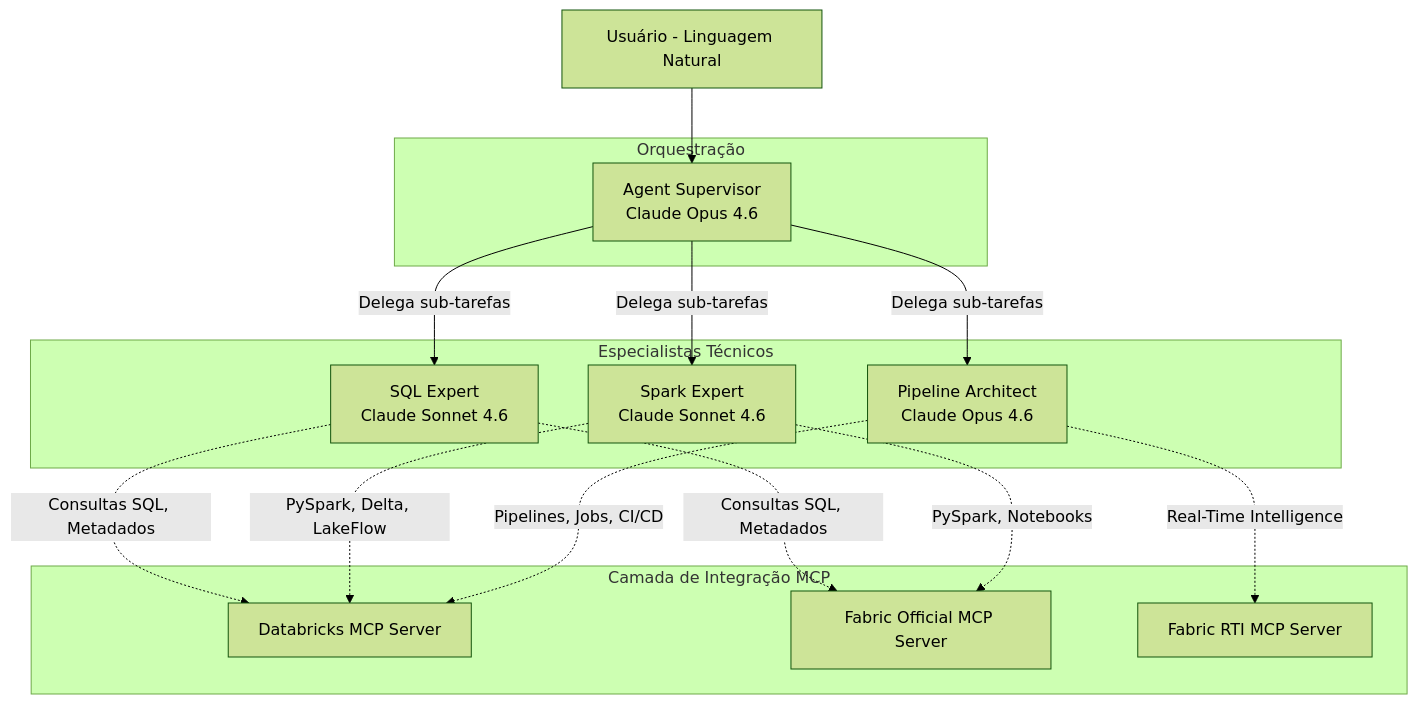
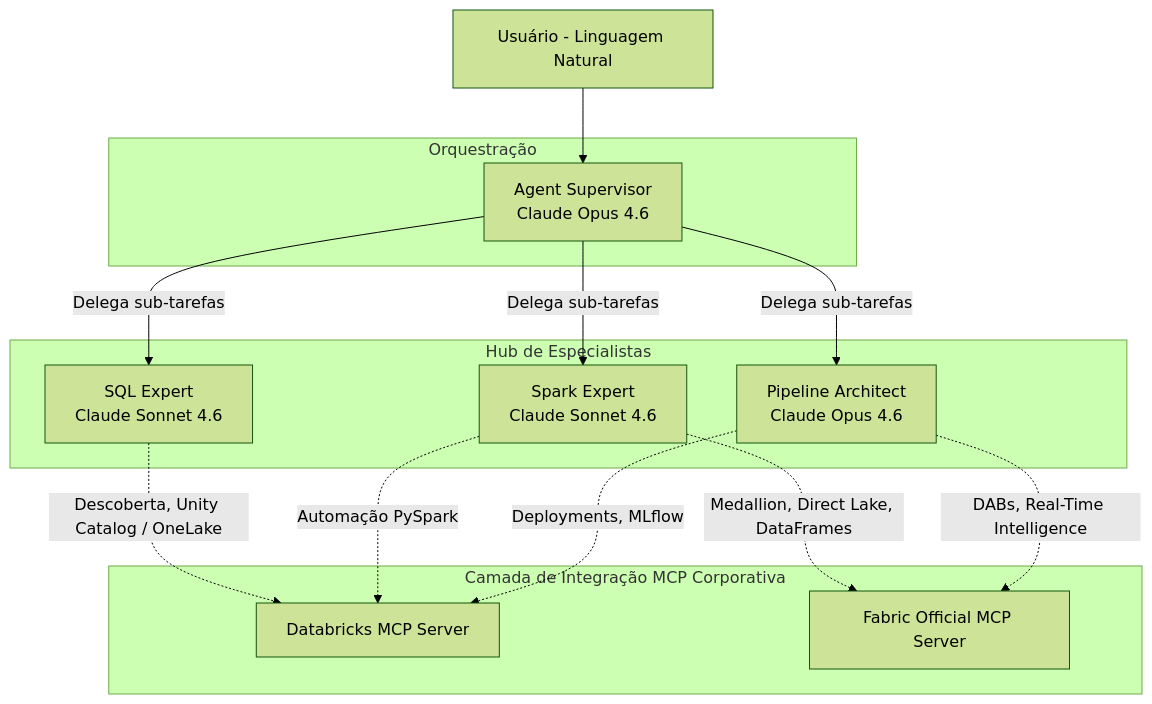
The diagram in README.md (arthurfr23/data-agents-copilot), drawn with Mermaid (forest theme) before and after one commit. The commit also changed other lines of this file, not shown here.

````diff
--- a/README.md
+++ b/README.md
@@ -34,31 +36,29 @@
 ```mermaid
 flowchart TD
     US[Usuário - Linguagem Natural] --> AS
     
     subgraph Orquestração
     AS[Agent Supervisor<br>Claude Opus 4.6]
     end
     
-    subgraph Especialistas Técnicos
+    subgraph Hub de Especialistas
     SQL[SQL Expert<br>Claude Sonnet 4.6]
     SPK[Spark Expert<br>Claude Sonnet 4.6]
     PL[Pipeline Architect<br>Claude Opus 4.6]
     end
     
-    subgraph Camada de Integração MCP
+    subgraph Camada de Integração MCP Corporativa
     DB[Databricks MCP Server]
     FB[Fabric Official MCP Server]
-    FBR[Fabric RTI MCP Server]
     end
 
     AS --> |Delega sub-tarefas| SQL
     AS --> |Delega sub-tarefas| SPK
     AS --> |Delega sub-tarefas| PL
     
-    SQL -.-> |Consultas SQL, Metadados| DB
-    SQL -.-> |Consultas SQL, Metadados| FB
-    SPK -.-> |PySpark, Delta, LakeFlow| DB
-    SPK -.-> |PySpark, Notebooks| FB
-    PL -.-> |Pipelines, Jobs, CI/CD| DB
-    PL -.-> |Real-Time Intelligence| FBR
+    SQL -.-> |Descoberta, Unity Catalog / OneLake| DB
+    SPK -.-> |Medallion, Direct Lake, DataFrames| FB
+    SPK -.-> |Automação PySpark| DB
+    PL -.-> |DABs, Real-Time Intelligence| FB
+    PL -.-> |Deployments, MLflow| DB
 ```
````
